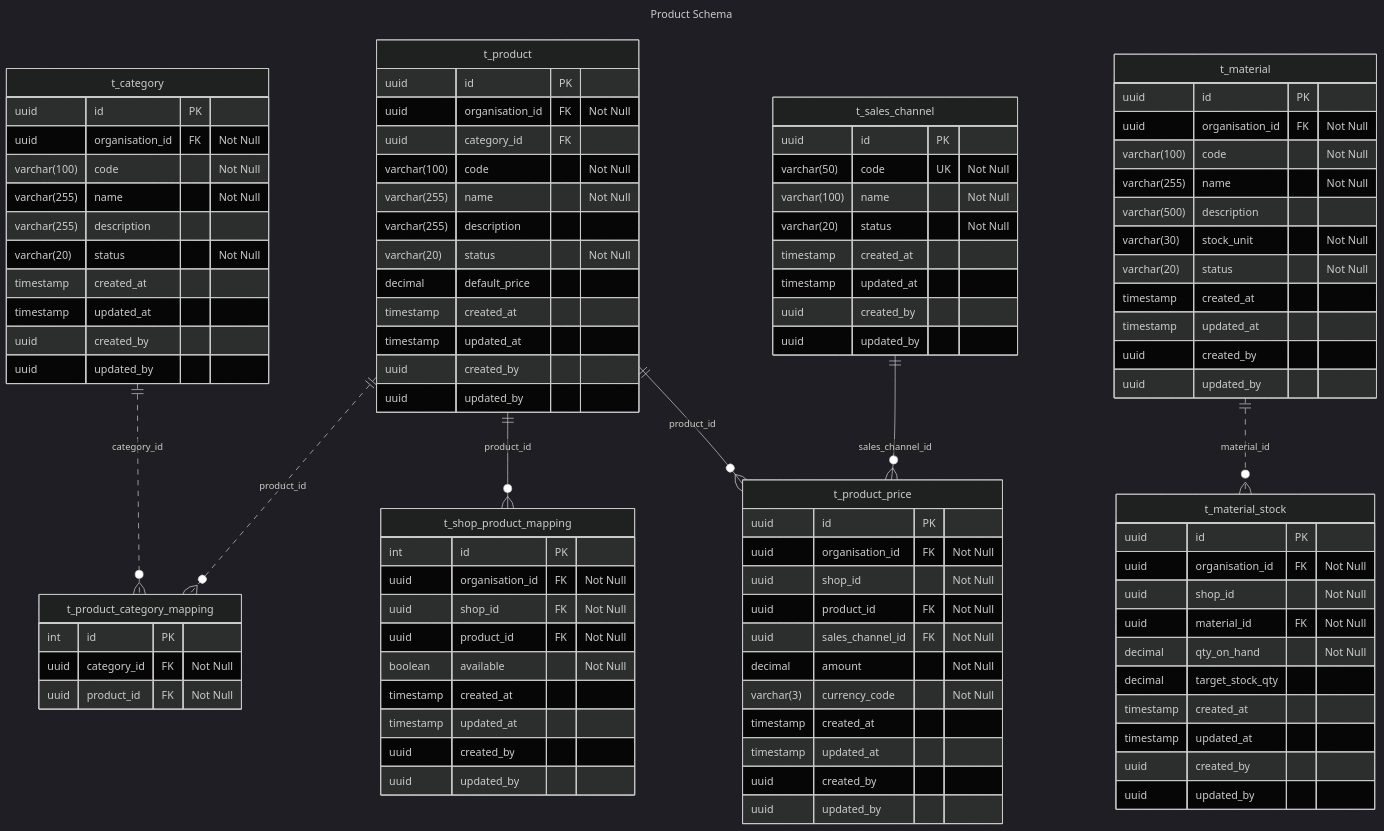
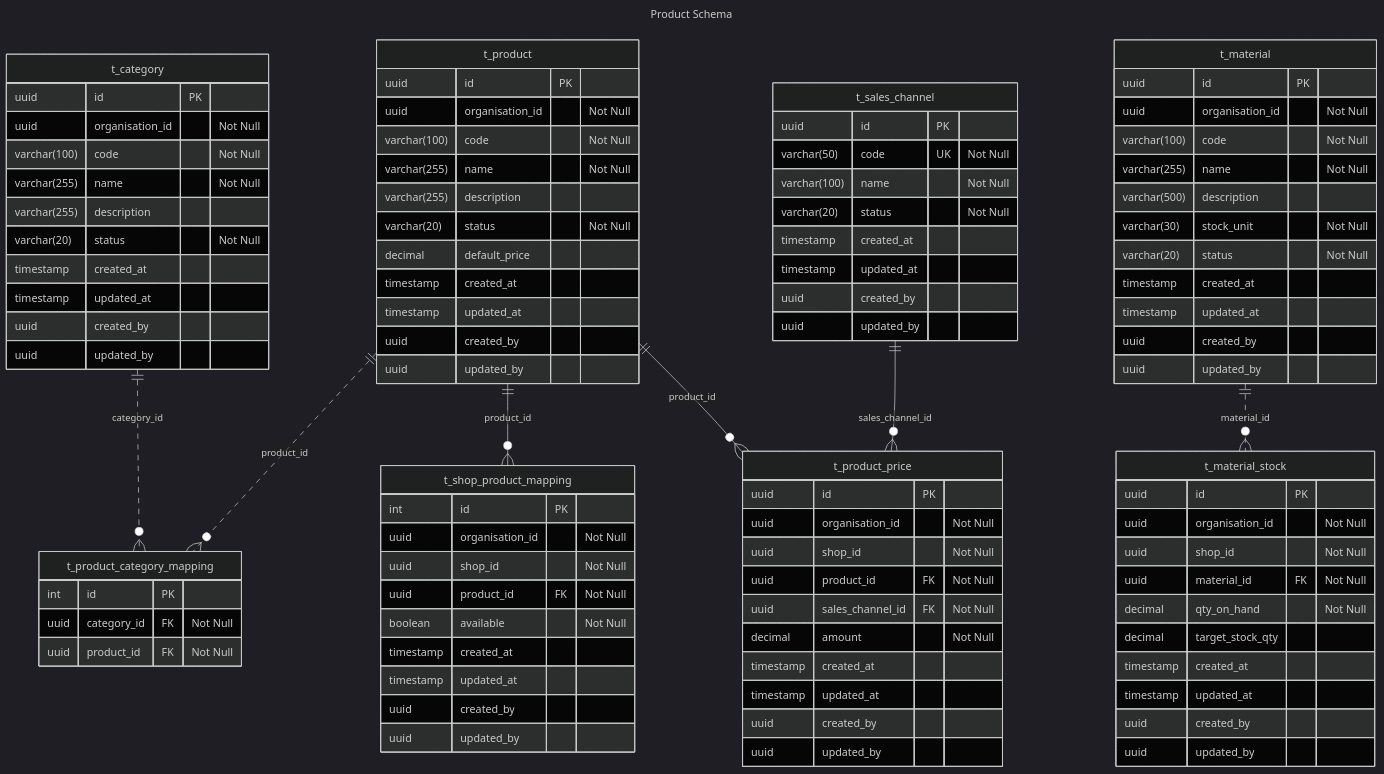
Before and after one commit to va4815/stockflow-docs: the diagram in database/modules/product-erd.md, drawn with Mermaid (dark theme).

Commit message:
docs: update product schema table field

```diff
--- a/database/modules/product-erd.md
+++ b/database/modules/product-erd.md
@@ -42,7 +42,7 @@
 
     t_category {
         uuid id PK
-        uuid organisation_id FK "Not Null"
+        uuid organisation_id "Not Null"
 
         varchar(100) code "Not Null"
         varchar(255) name "Not Null"
@@ -57,8 +57,7 @@
 
     t_product {
         uuid id PK
-        uuid organisation_id FK "Not Null"
-        uuid category_id FK
+        uuid organisation_id "Not Null"
 
         varchar(100) code "Not Null"
         varchar(255) name "Not Null"
@@ -72,12 +71,20 @@
         uuid created_by
         uuid updated_by
     }
+
+    t_product_category_mapping {
+        int id PK
+        uuid category_id FK "Not Null"
+        uuid product_id FK "Not Null"
+    }
+    t_category ||..o{ t_product_category_mapping : category_id
+    t_product ||..o{ t_product_category_mapping : product_id
     
     t_shop_product_mapping {
         int id PK
 
-        uuid organisation_id FK "Not Null"
-        uuid shop_id FK "Not Null"
+        uuid organisation_id "Not Null"
+        uuid shop_id "Not Null"
         uuid product_id FK "Not Null"
         
         boolean available "Not Null"
@@ -91,14 +98,13 @@
 
     t_product_price {
         uuid id PK
-        uuid organisation_id FK "Not Null"
+        uuid organisation_id "Not Null"
         uuid shop_id "Not Null"
         
         uuid product_id FK "Not Null"
         uuid sales_channel_id FK "Not Null"
 
         decimal amount "Not Null"
-        varchar(3) currency_code "Not Null"
 
         timestamp created_at
         timestamp updated_at
@@ -121,18 +127,9 @@
     }
     t_sales_channel ||--o{ t_product_price : sales_channel_id
 
-    t_product_category_mapping {
-        int id PK
-        uuid category_id FK "Not Null"
-        uuid product_id FK "Not Null"
-    }
-
-    t_category ||..o{ t_product_category_mapping : category_id
-    t_product ||..o{ t_product_category_mapping : product_id
-
     t_material {
         uuid id PK
-        uuid organisation_id FK "Not Null"
+        uuid organisation_id "Not Null"
 
         varchar(100) code "Not Null"
         varchar(255) name "Not Null"
@@ -150,7 +147,7 @@
     t_material_stock {
         uuid id PK
 
-        uuid organisation_id FK "Not Null"
+        uuid organisation_id "Not Null"
         uuid shop_id "Not Null"
 
         uuid material_id FK "Not Null"
```
